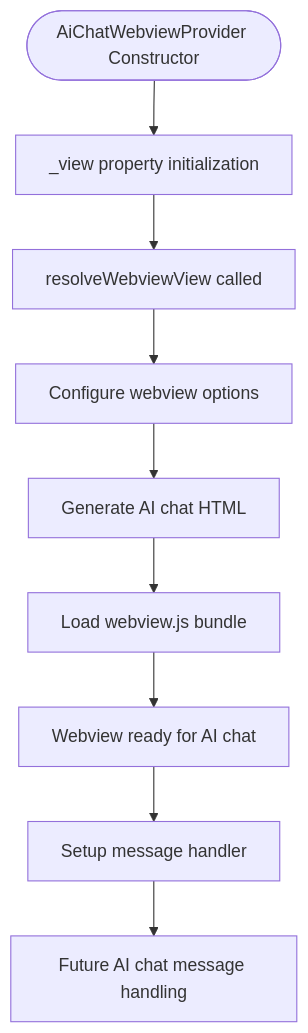
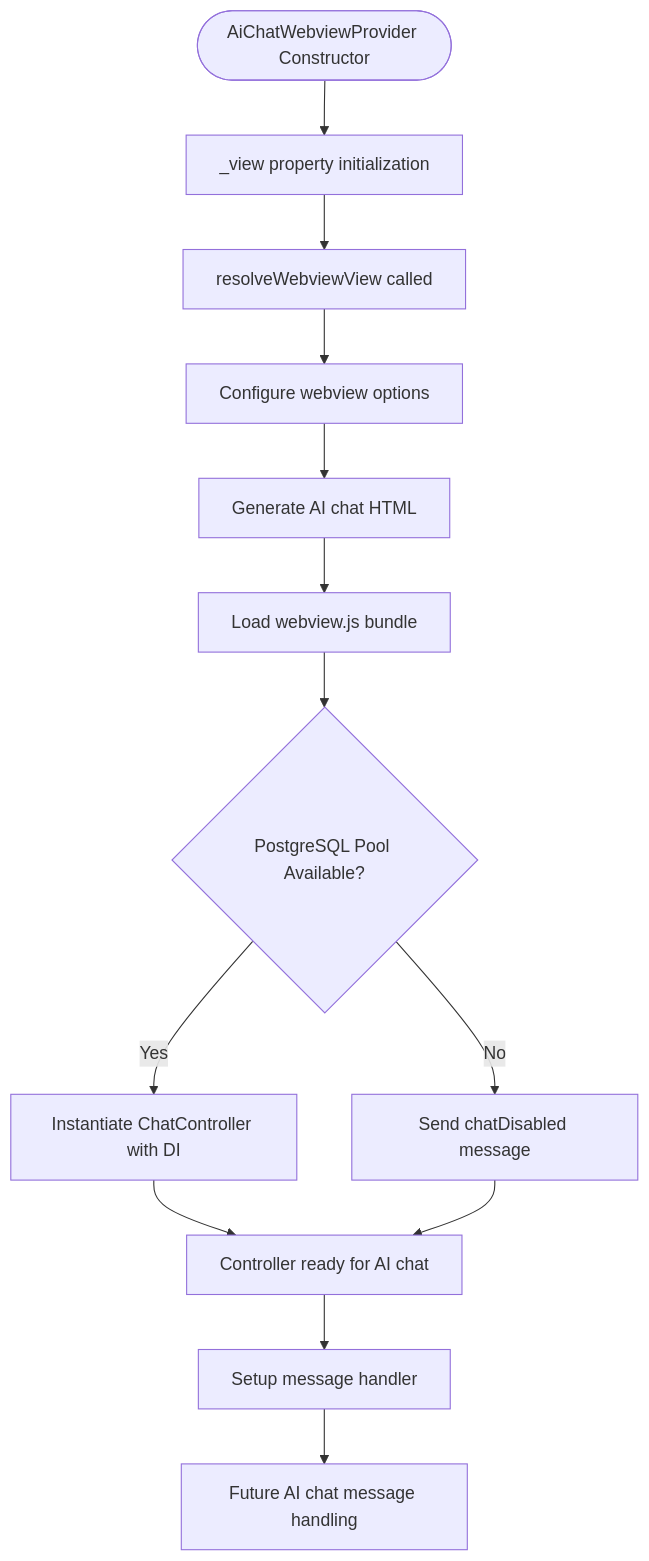
The eighth of 18 diagrams in .qoder/repowiki/en/content/Webview Interface/Webview Interface.md (bramburn/repomix-runner), drawn with Mermaid before and after one commit. The commit also changed other lines of this file and 27 other files, not shown here.

````diff
--- a/.qoder/repowiki/en/content/Webview Interface/Webview Interface.md
+++ b/.qoder/repowiki/en/content/Webview Interface/Webview Interface.md
@@ -574,11 +759,15 @@
 ```mermaid
 flowchart TD
 Start(["AiChatWebviewProvider Constructor"]) --> Init["_view property initialization"]
 Init --> Resolve["resolveWebviewView called"]
 Resolve --> Options["Configure webview options"]
 Options --> HTML["Generate AI chat HTML"]
 HTML --> Script["Load webview.js bundle"]
-Script --> Ready["Webview ready for AI chat"]
+Script --> CheckDB{"PostgreSQL Pool Available?"}
+CheckDB --> |Yes| CreateCtrl["Instantiate ChatController with DI"]
+CheckDB --> |No| DisabledMsg["Send chatDisabled message"]
+CreateCtrl --> Ready["Controller ready for AI chat"]
+DisabledMsg --> Ready
 Ready --> MessageHandler["Setup message handler"]
 MessageHandler --> Future["Future AI chat message handling"]
 ```
````
